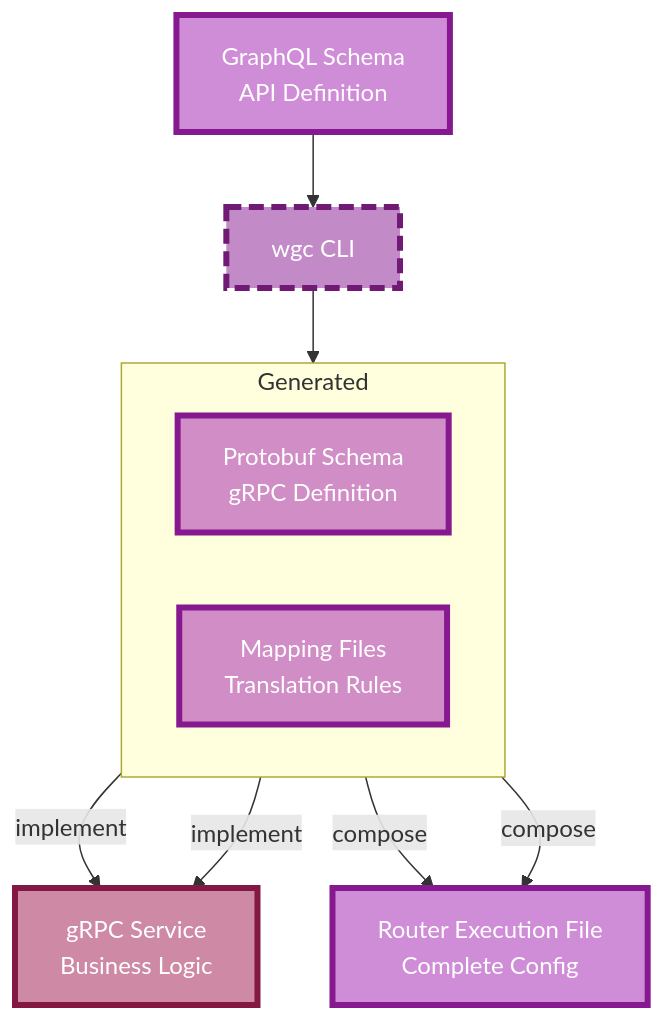
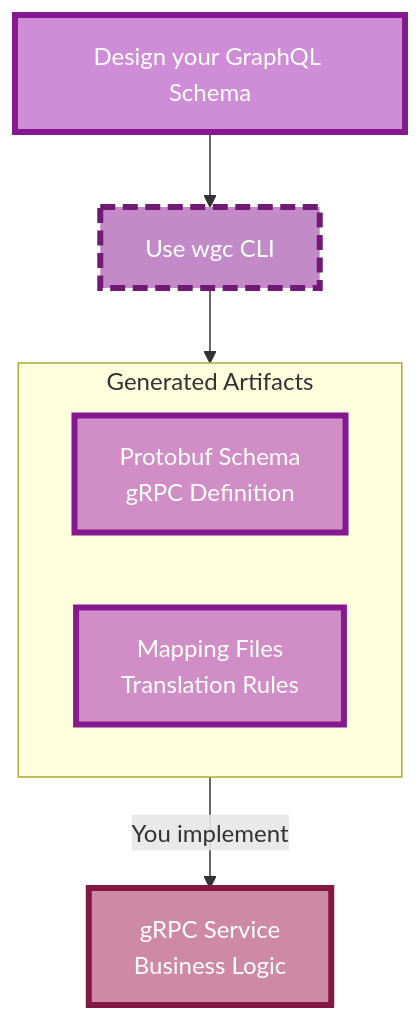
Before and after one commit to wundergraph/cosmo-docs: the first of 2 diagrams in docs/router/gRPC/concepts.mdx, drawn with Mermaid. The commit also changed other lines of this file, not shown here.

````diff
--- a/docs/router/gRPC/concepts.mdx
+++ b/docs/router/gRPC/concepts.mdx
@@ -132,33 +132,29 @@
 ```mermaid
 graph TD
     %% Development Tools
-    WGC["wgc CLI"]
-    
+    WGC["Use wgc CLI"]
+
     %% Generated Artifacts
-    SCHEMA["GraphQL Schema<br/>API Definition"]
+    SCHEMA["Design your GraphQL Schema"]
     PROTO["Protobuf Schema<br/>gRPC Definition"]
     MAPPING["Mapping Files<br/>Translation Rules"]
-    ROUTERFILE["Router Execution File<br/>Complete Config"]
     SERVICE["gRPC Service<br/>Business Logic"]
 
-    SCHEMA --> WGC --> Generated
+    SCHEMA --> WGC --> Generated["Generated Artifacts"]
 
-    subgraph Generated
+    subgraph Generated["Generated Artifacts"]
          PROTO & MAPPING
     end
-    
+
     %% Development flow
-    Generated --> |"implement"| SERVICE
-    Generated --> |"implement"| SERVICE
-    Generated --> |"compose"| ROUTERFILE
-    Generated --> |"compose"| ROUTERFILE
-    
+    Generated --> |"You implement"| SERVICE
+
     %% Styling
     classDef devTools fill:#86198f80,stroke:#701a75,stroke-width:4px,color:#ffffff,stroke-dasharray: 10 5
     classDef artifacts fill:#a21caf80,stroke:#86198f,stroke-width:4px,color:#ffffff
     classDef serviceLayer fill:#9d174d80,stroke:#831843,stroke-width:4px,color:#ffffff
-    
+
     class WGC devTools
     class SCHEMA,PROTO,MAPPING,ROUTERFILE artifacts
     class SERVICE serviceLayer
 ```
````
